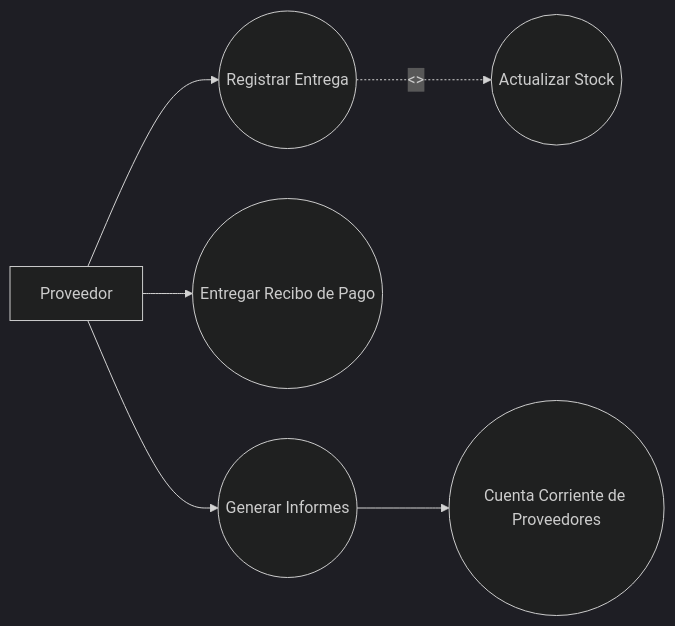
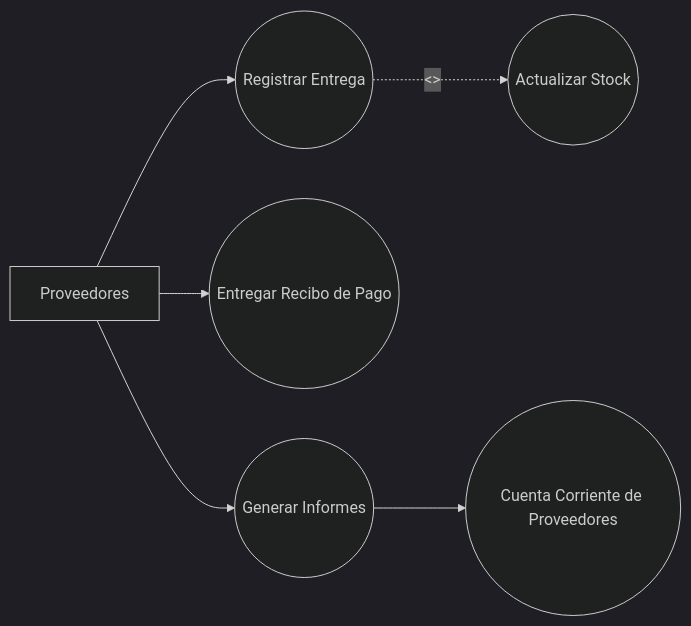
Before and after one commit to juampiocarp/sistema-gesti-n-repuestos-genexus: the diagram in diagrams/diagrama-contexto.mmd, drawn with Mermaid (dark theme).

Commit message:
docs: clarify context diagram source

```diff
--- a/diagrams/diagrama-contexto.mmd
+++ b/diagrams/diagrama-contexto.mmd
@@ -1,6 +1,7 @@
 flowchart LR
-    Proveedor[Proveedor] --> Entrega((Registrar Entrega))
+    Proveedores[Proveedores]
+    Proveedores --> Entrega((Registrar Entrega))
     Entrega -. "<<include>>" .-> Stock((Actualizar Stock))
-    Proveedor --> Recibo((Entregar Recibo de Pago))
-    Proveedor --> Informes((Generar Informes))
+    Proveedores --> Recibo((Entregar Recibo de Pago))
+    Proveedores --> Informes((Generar Informes))
     Informes --> Cuenta((Cuenta Corriente de Proveedores))
```
